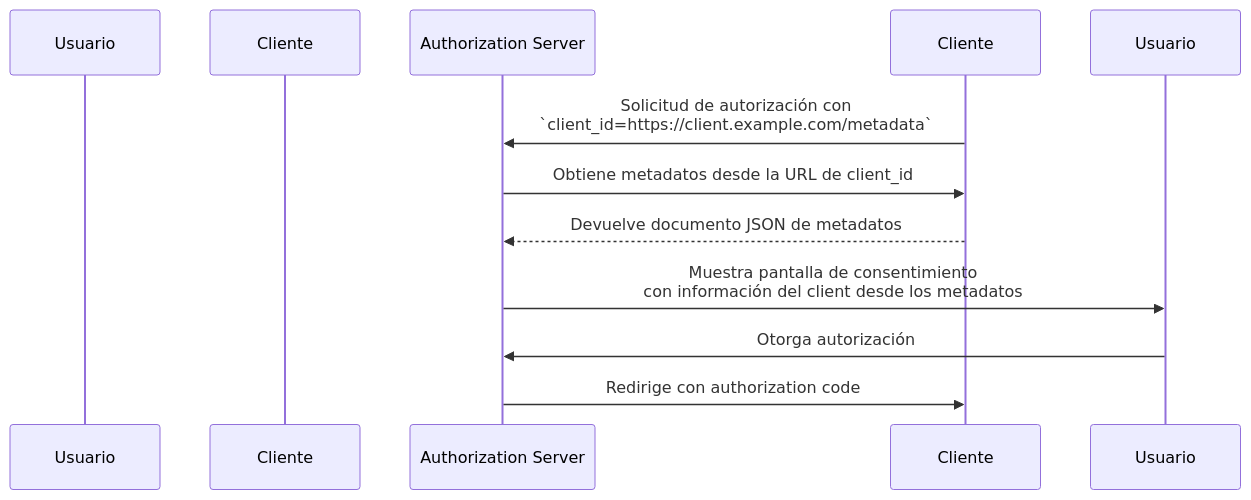
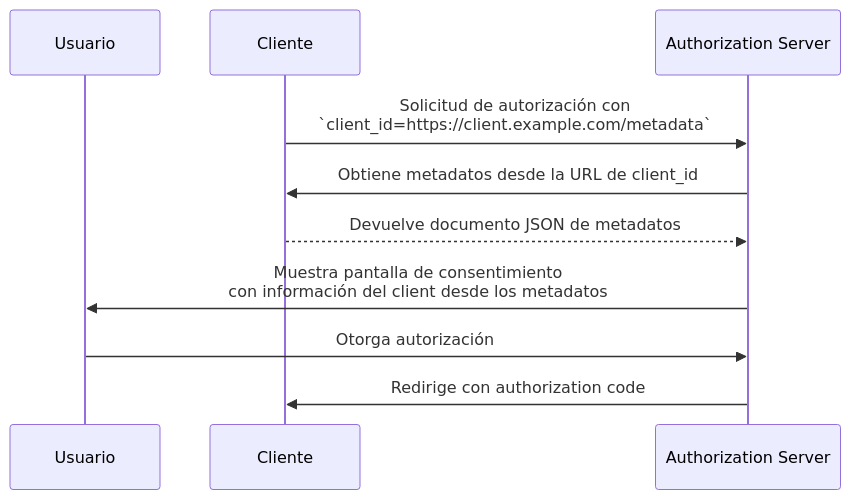
Before and after one commit to logto-io/auth-wiki: the diagram in src/content/terms/es/client-id-metadata-document.mdx, drawn with Mermaid. The commit also changed 5 other files, not shown here.

Commit message:
chore: fix mermaid participant references and redundant labels in translations

````diff
--- a/src/content/terms/es/client-id-metadata-document.mdx
+++ b/src/content/terms/es/client-id-metadata-document.mdx
@@ -19,13 +19,13 @@
 ```mermaid
 sequenceDiagram
     participant User as Usuario
     participant Client as Cliente
     participant AS as Authorization Server
 
-    Cliente->>AS: Solicitud de autorización con<br/>`client_id=https://client.example.com/metadata`
-    AS->>Cliente: Obtiene metadatos desde la URL de client_id
-    Cliente-->>AS: Devuelve documento JSON de metadatos
-    AS->>Usuario: Muestra pantalla de consentimiento<br/>con información del client desde los metadatos
-    Usuario->>AS: Otorga autorización
-    AS->>Cliente: Redirige con authorization code
+    Client->>AS: Solicitud de autorización con<br/>`client_id=https://client.example.com/metadata`
+    AS->>Client: Obtiene metadatos desde la URL de client_id
+    Client-->>AS: Devuelve documento JSON de metadatos
+    AS->>User: Muestra pantalla de consentimiento<br/>con información del client desde los metadatos
+    User->>AS: Otorga autorización
+    AS->>Client: Redirige con authorization code
 ```
````
